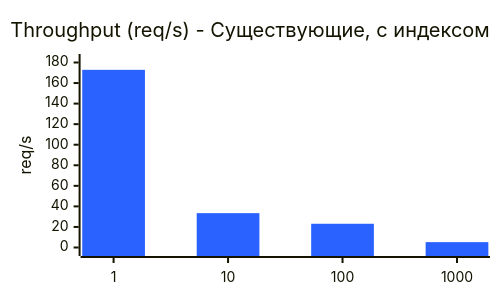
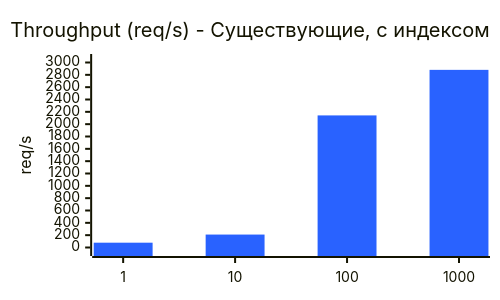
The fourth of 6 diagrams in docs/reports/hw2/report.md (dloshkarev/highloadarchitect), drawn with Mermaid before and after one commit. The commit also changed other lines of this file and 3 other files, not shown here.

````diff
--- a/docs/reports/hw2/report.md
+++ b/docs/reports/hw2/report.md
@@ -128,8 +228,8 @@
 ```mermaid
 %%{init: {"xyChart": {"width": 480, "height": 280}, "themeVariables": {"xyChart": {"plotColorPalette": "#2962ff"}}}}%%
 xychart-beta
     title "Throughput (req/s) - Существующие, с индексом"
     x-axis ["1", "10", "100", "1000"]
-    y-axis "req/s" 0 --> 180
-    bar [172.87, 33.41, 23.10, 5.21]
+    y-axis "req/s" 0 --> 3000
+    bar [77.99, 209.73, 2141.99, 2880.58]
 ```
````
